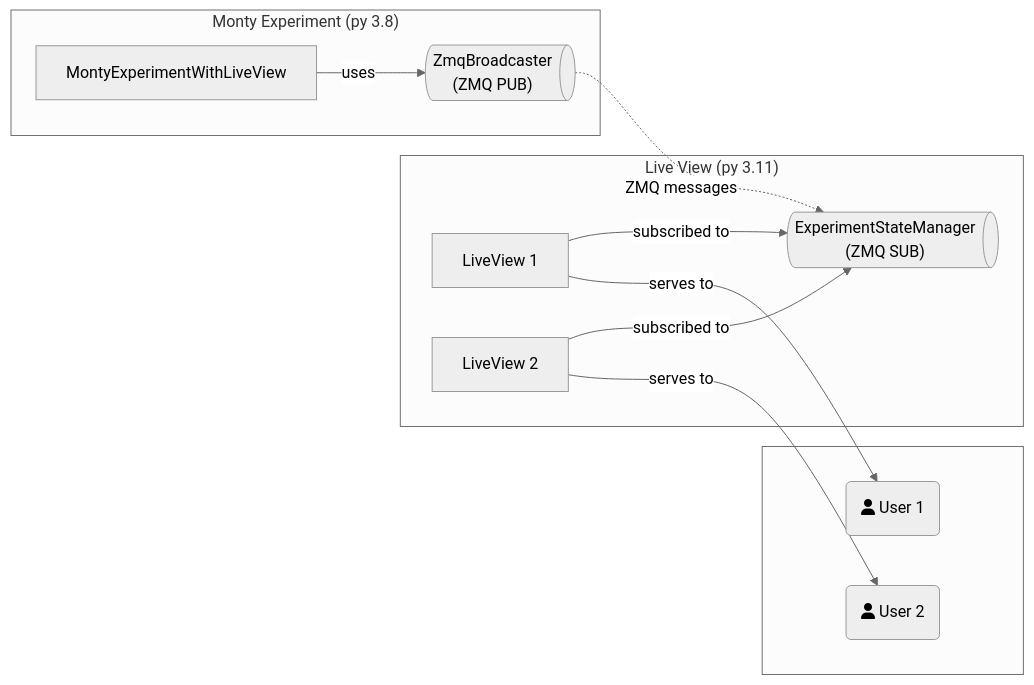
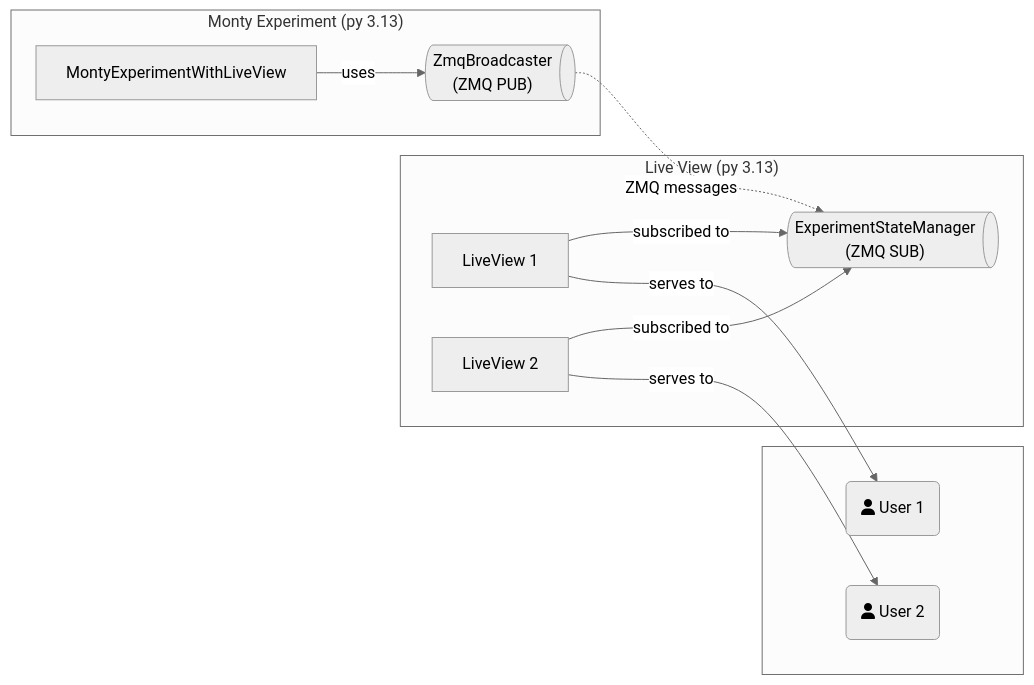
The diagram in contrib/liveview_experiment/README.md (thousandbrainsproject/tbp.monty), drawn with Mermaid (neutral theme) before and after one commit. The commit also changed other lines of this file and 35 other files, not shown here.

````diff
--- a/contrib/liveview_experiment/README.md
+++ b/contrib/liveview_experiment/README.md
@@ -104,25 +98,25 @@
 ```mermaid
 flowchart LR
     subgraph Users[" "]
         User1("fa:fa-user User 1")
         User2("fa:fa-user User 2")
     end
 
-    subgraph LiveViewServer["`Live View (py 3.11)`"]
+    subgraph LiveViewServer["`Live View (py 3.13)`"]
         StateManager@{ shape: das, label: "ExperimentStateManager\n(ZMQ SUB)" }
         LiveView1[LiveView 1] -- subscribed to --> StateManager
         LiveView2[LiveView 2] -- subscribed to --> StateManager
     end
 
-    subgraph MontyExperiment["Monty Experiment (py 3.8)"]
+    subgraph MontyExperiment["Monty Experiment (py 3.13)"]
         %% Sensors[Sensors] -- publishes via --> ZmqBroadcaster
         %% LearningModules[Learning Modules] -- publishes via --> ZmqBroadcaster
         %% ProgressLoggers[Progress Loggers] -- publishes via --> ZmqBroadcaster
         Experiment[MontyExperimentWithLiveView] -- uses --> ZmqBroadcaster
         ZmqBroadcaster@{ shape: das, label: "ZmqBroadcaster\n(ZMQ PUB)" }
     end
 
     ZmqBroadcaster -. ZMQ messages .-> StateManager
     LiveView1 -- serves to --> User1
     LiveView2 -- serves to --> User2
 ```
````
